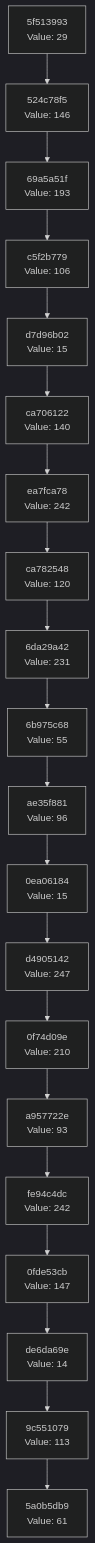
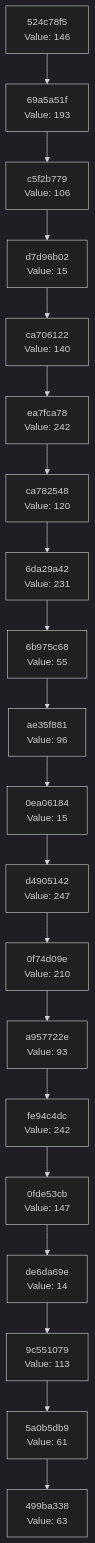
One commit to Abhisheksinha1506/hash-chain-evolver changed the diagram in docs/CHAIN_VISUALIZATION.md. Above: the diagram before and after it, drawn with Mermaid (dark theme). The commit also changed 3 other files, not shown here.

````diff
--- a/docs/CHAIN_VISUALIZATION.md
+++ b/docs/CHAIN_VISUALIZATION.md
@@ -3,42 +3,42 @@
 ```mermaid
 graph TD
-    C0["5a0b5db9<br/>Value: 61"]
-    C1["9c551079<br/>Value: 113"]
+    C0["499ba338<br/>Value: 63"]
+    C1["5a0b5db9<br/>Value: 61"]
     C1 --> C0
-    C2["de6da69e<br/>Value: 14"]
+    C2["9c551079<br/>Value: 113"]
     C2 --> C1
-    C3["0fde53cb<br/>Value: 147"]
+    C3["de6da69e<br/>Value: 14"]
     C3 --> C2
-    C4["fe94c4dc<br/>Value: 242"]
+    C4["0fde53cb<br/>Value: 147"]
     C4 --> C3
-    C5["a957722e<br/>Value: 93"]
+    C5["fe94c4dc<br/>Value: 242"]
     C5 --> C4
-    C6["0f74d09e<br/>Value: 210"]
+    C6["a957722e<br/>Value: 93"]
     C6 --> C5
-    C7["d4905142<br/>Value: 247"]
+    C7["0f74d09e<br/>Value: 210"]
     C7 --> C6
-    C8["0ea06184<br/>Value: 15"]
+    C8["d4905142<br/>Value: 247"]
     C8 --> C7
-    C9["ae35f881<br/>Value: 96"]
+    C9["0ea06184<br/>Value: 15"]
     C9 --> C8
-    C10["6b975c68<br/>Value: 55"]
+    C10["ae35f881<br/>Value: 96"]
     C10 --> C9
-    C11["6da29a42<br/>Value: 231"]
+    C11["6b975c68<br/>Value: 55"]
     C11 --> C10
-    C12["ca782548<br/>Value: 120"]
+    C12["6da29a42<br/>Value: 231"]
     C12 --> C11
-    C13["ea7fca78<br/>Value: 242"]
+    C13["ca782548<br/>Value: 120"]
     C13 --> C12
-    C14["ca706122<br/>Value: 140"]
+    C14["ea7fca78<br/>Value: 242"]
     C14 --> C13
-    C15["d7d96b02<br/>Value: 15"]
+    C15["ca706122<br/>Value: 140"]
     C15 --> C14
-    C16["c5f2b779<br/>Value: 106"]
+    C16["d7d96b02<br/>Value: 15"]
     C16 --> C15
-    C17["69a5a51f<br/>Value: 193"]
+    C17["c5f2b779<br/>Value: 106"]
     C17 --> C16
-    C18["524c78f5<br/>Value: 146"]
+    C18["69a5a51f<br/>Value: 193"]
     C18 --> C17
-    C19["5f513993<br/>Value: 29"]
+    C19["524c78f5<br/>Value: 146"]
     C19 --> C18
 ```
````
